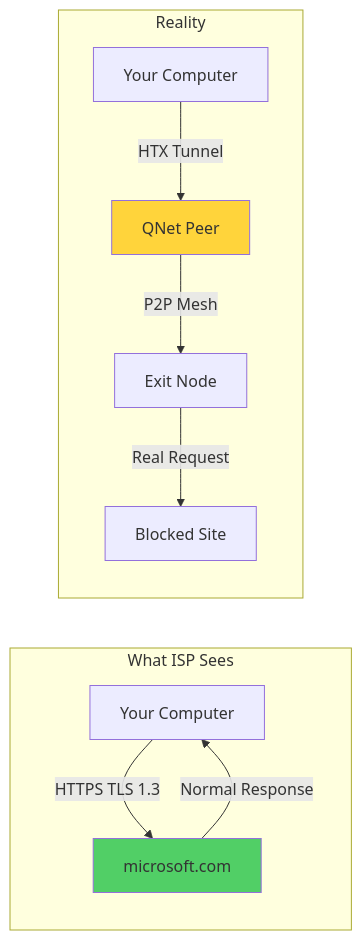
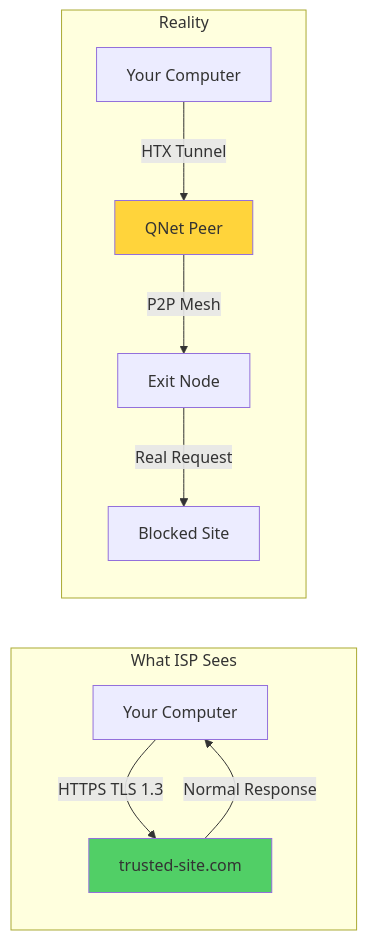
Before and after one commit to QW1CKS/qnet: the sixth of 14 diagrams in README.md, drawn with Mermaid. The commit also changed other lines of this file and 6 other files, not shown here.

````diff
--- a/README.md
+++ b/README.md
@@ -259,16 +275,16 @@
 ```mermaid
 graph LR
     subgraph "What ISP Sees"
-        A[Your Computer] -->|HTTPS TLS 1.3| B[microsoft.com]
+        A[Your Computer] -->|HTTPS TLS 1.3| B[trusted-site.com]
         B -->|Normal Response| A
     end
     
     subgraph "Reality"
         C[Your Computer] -->|HTX Tunnel| D[QNet Peer]
         D -->|P2P Mesh| E[Exit Node]
         E -->|Real Request| F[Blocked Site]
     end
     
     style B fill:#51cf66
     style D fill:#ffd43b
 ```
````
